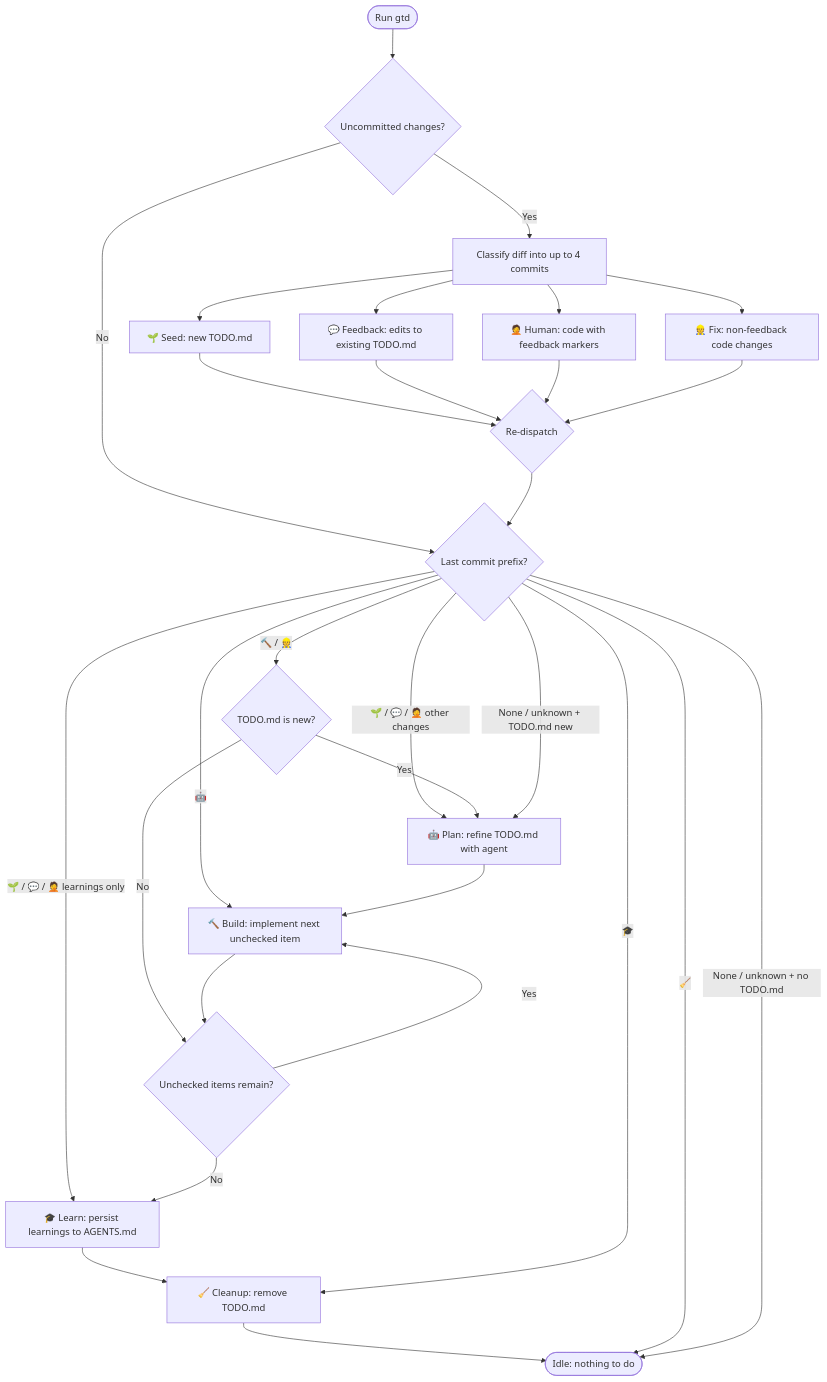
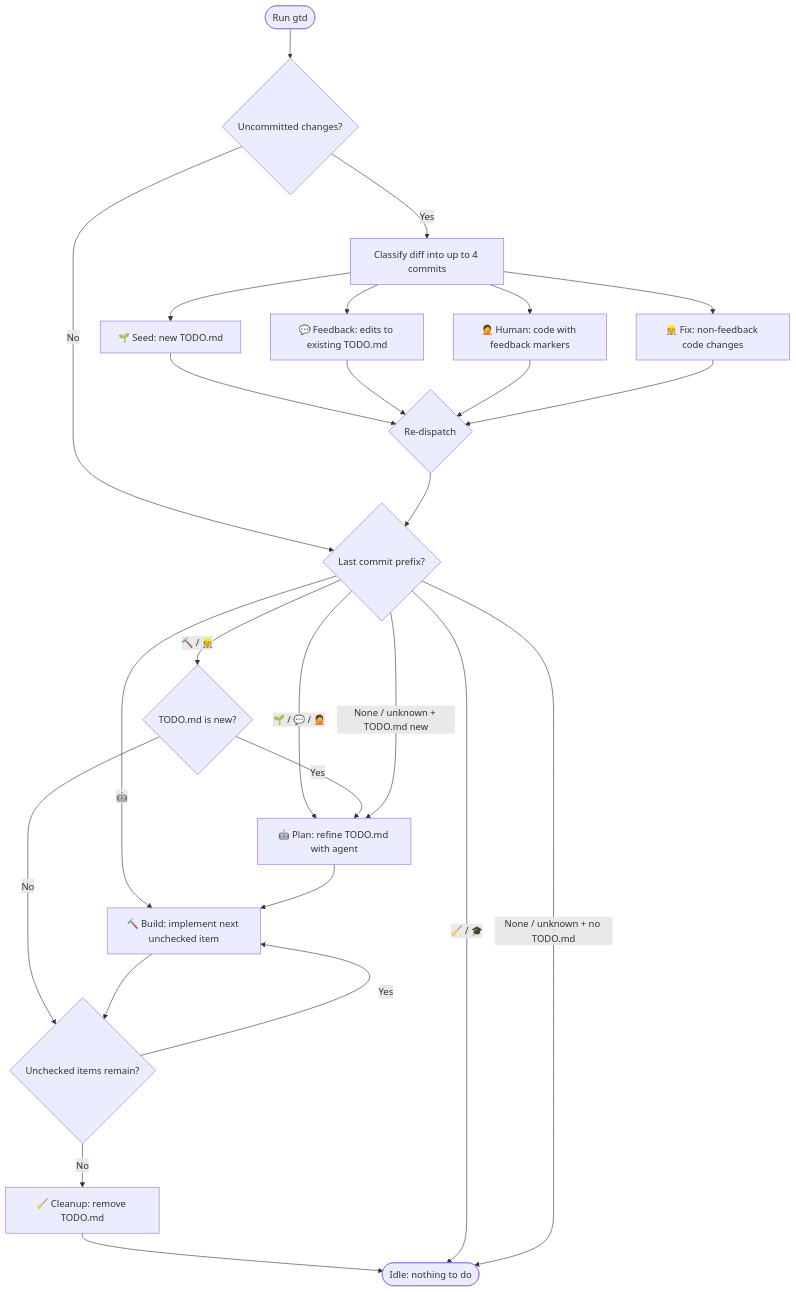
The diagram in README.md (pmelab/gtd), drawn with Mermaid before and after one commit. The commit also changed other lines of this file and 3 other files, not shown here.

````diff
--- a/README.md
+++ b/README.md
@@ -19,32 +37,29 @@
 ```mermaid
 flowchart TD
     Start([Run gtd]) --> Uncommitted{Uncommitted changes?}
     Uncommitted -->|No| CheckLast{Last commit prefix?}
     Uncommitted -->|Yes| Classify["Classify diff into up to 4 commits"]
     Classify --> SeedCommit["🌱 Seed: new TODO.md"]
     Classify --> FeedbackCommit["💬 Feedback: edits to existing TODO.md"]
     Classify --> HumanCommit["🤦 Human: code with feedback markers"]
     Classify --> FixCommit["👷 Fix: non-feedback code changes"]
     SeedCommit --> ReDispatch
     FeedbackCommit --> ReDispatch
     HumanCommit --> ReDispatch
     FixCommit --> ReDispatch
     ReDispatch{Re-dispatch} --> CheckLast
-    CheckLast -->|"🌱 / 💬 / 🤦 learnings only"| Learn["🎓 Learn: persist learnings to AGENTS.md"]
-    CheckLast -->|"🌱 / 💬 / 🤦 other changes"| Plan["🤖 Plan: refine TODO.md with agent"]
+    CheckLast -->|"🌱 / 💬 / 🤦"| Plan["🤖 Plan: refine TODO.md with agent"]
     CheckLast -->|🤖| Build
     CheckLast -->|"🔨 / 👷"| TodoNew{TODO.md is new?}
     TodoNew -->|Yes| Plan
     TodoNew -->|No| ItemsLeft
     Build["🔨 Build: implement next unchecked item"] --> ItemsLeft
     ItemsLeft{Unchecked items remain?}
     ItemsLeft -->|Yes| Build
-    ItemsLeft -->|No| Learn
+    ItemsLeft -->|No| Cleanup["🧹 Cleanup: remove TODO.md"]
     Plan --> Build
-    Learn --> Cleanup["🧹 Cleanup: remove TODO.md"]
-    CheckLast -->|🎓| Cleanup
     Cleanup --> Idle([Idle: nothing to do])
-    CheckLast -->|🧹| Idle
+    CheckLast -->|"🧹 / 🎓"| Idle
     CheckLast -->|"None / unknown + TODO.md new"| Plan
     CheckLast -->|"None / unknown + no TODO.md"| Idle
 ```
````
